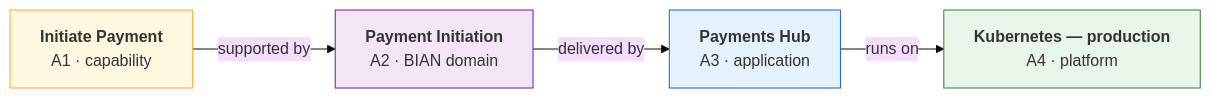
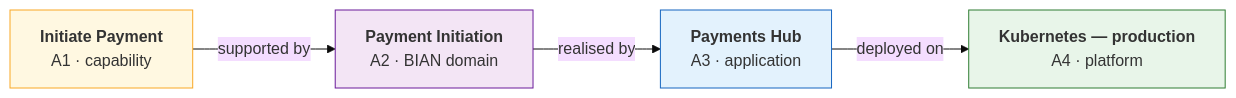
The fifth of 9 diagrams in README.md (taumoeps/bian-sdem-framework), drawn with Mermaid (base theme) before and after one commit. The commit also changed other lines of this file and 31 other files, not shown here.

````diff
--- a/README.md
+++ b/README.md
@@ -94,14 +94,14 @@
 ```mermaid
 flowchart LR
     A["<b>Initiate Payment</b><br/>A1 · capability"] -->|"supported by"| B["<b>Payment Initiation</b><br/>A2 · BIAN domain"]
-    B -->|"delivered by"| C["<b>Payments Hub</b><br/>A3 · application"]
-    C -->|"runs on"| D["<b>Kubernetes — production</b><br/>A4 · platform"]
+    B -->|"realised by"| C["<b>Payments Hub</b><br/>A3 · application"]
+    C -->|"deployed on"| D["<b>Kubernetes — production</b><br/>A4 · platform"]
     classDef a1 fill:#FFF8E1,stroke:#F9A825
     classDef a2 fill:#F3E5F5,stroke:#6A1B9A
     classDef a3 fill:#E3F2FD,stroke:#1565C0
     classDef a4 fill:#E8F5E9,stroke:#2E7D32
     class A a1
     class B a2
     class C a3
     class D a4
 ```
````
